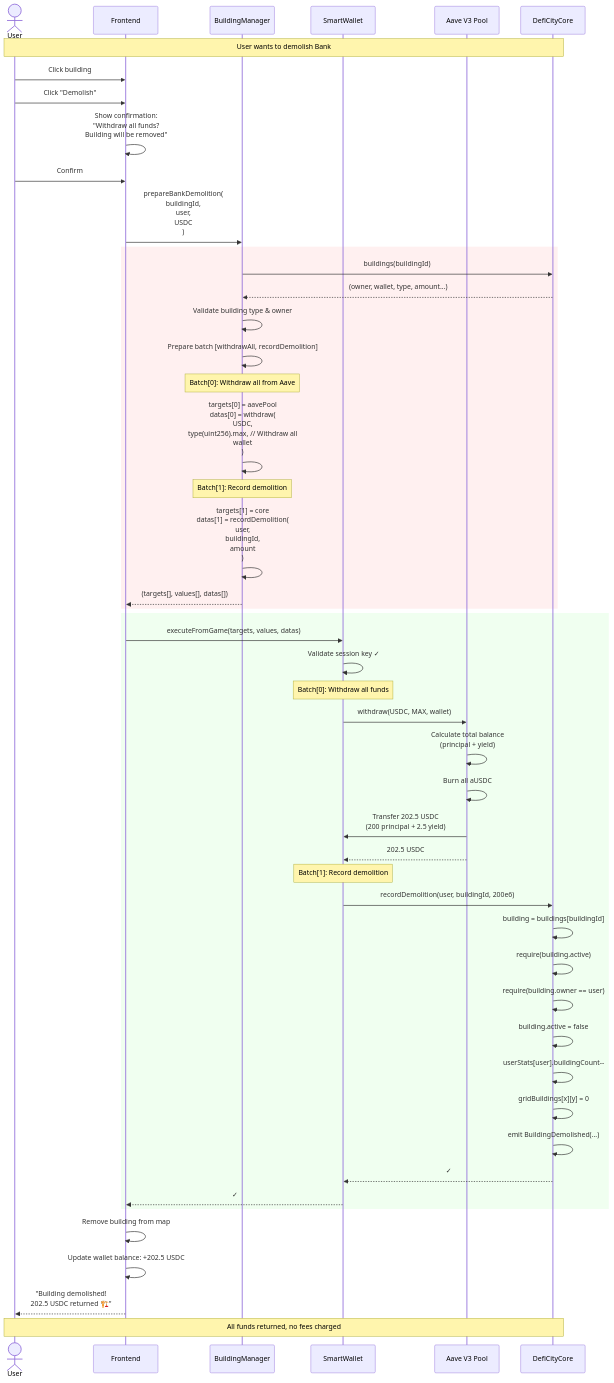
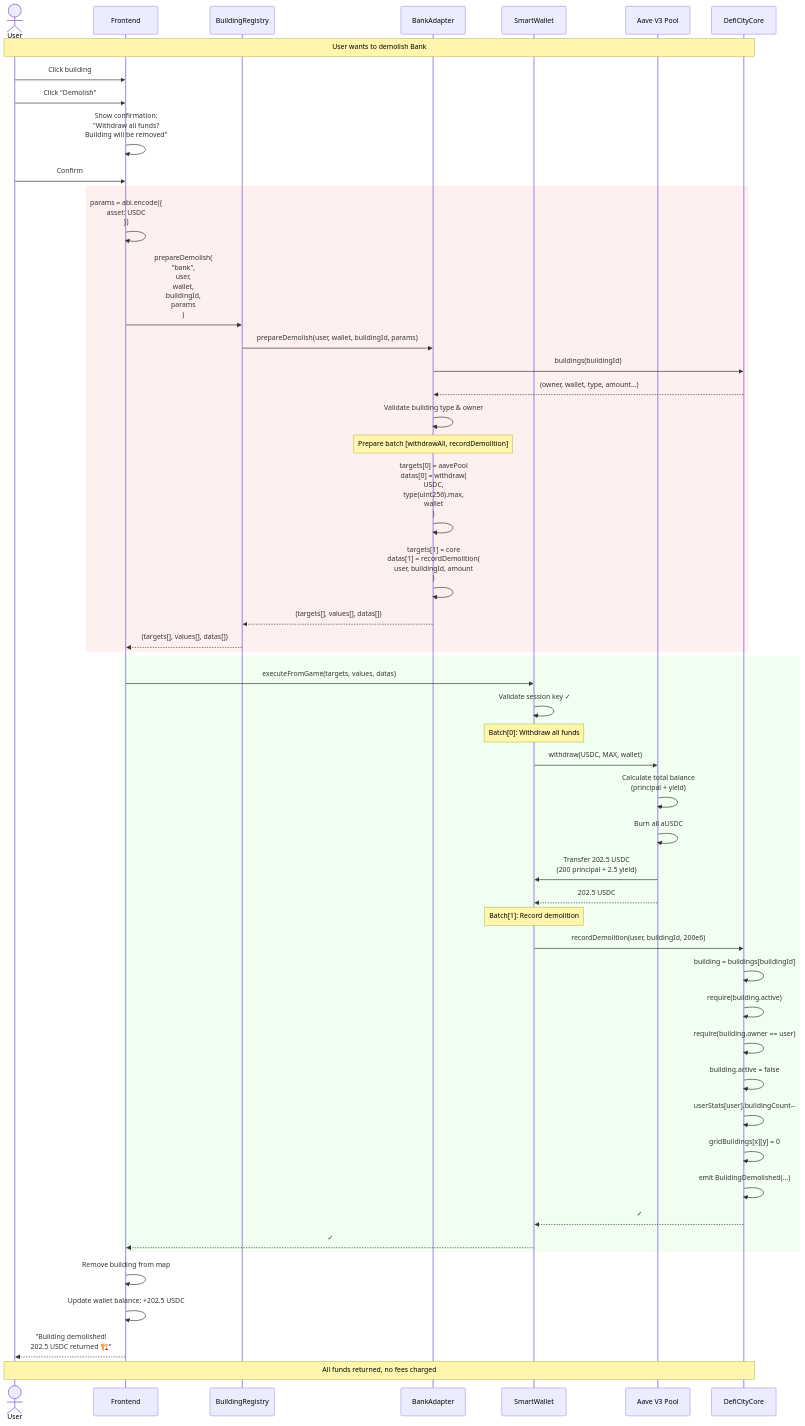
Before and after one commit to BrookerGroup/defi-city: the eighth of 11 diagrams in CONTRACT_SEQUENCE_DIAGRAMS.md, drawn with Mermaid. The commit also changed other lines of this file and 5 other files, not shown here.

Commit message:
add: user's building grids

````diff
--- a/CONTRACT_SEQUENCE_DIAGRAMS.md
+++ b/CONTRACT_SEQUENCE_DIAGRAMS.md
@@ -425,72 +641,76 @@
 ```mermaid
 sequenceDiagram
     actor User
     participant Frontend
-    participant Manager as BuildingManager
+    participant Registry as BuildingRegistry
+    participant Adapter as BankAdapter
     participant Wallet as SmartWallet
     participant Aave as Aave V3 Pool
     participant Core as DefiCityCore
 
     Note over User,Core: User wants to demolish Bank
 
     User->>Frontend: Click building
     User->>Frontend: Click "Demolish"
 
     Frontend->>Frontend: Show confirmation:<br/>"Withdraw all funds?<br/>Building will be removed"
 
     User->>Frontend: Confirm
 
-    Frontend->>Manager: prepareBankDemolition(<br/>  buildingId,<br/>  user,<br/>  USDC<br/>)
+    rect rgb(255, 240, 240)
+        Frontend->>Frontend: params = abi.encode({<br/>  asset: USDC<br/>})
 
-    rect rgb(255, 240, 240)
-        Manager->>Core: buildings(buildingId)
-        Core-->>Manager: (owner, wallet, type, amount...)
+        Frontend->>Registry: prepareDemolish(<br/>  "bank",<br/>  user,<br/>  wallet,<br/>  buildingId,<br/>  params<br/>)
 
-        Manager->>Manager: Validate building type & owner
+        Registry->>Adapter: prepareDemolish(user, wallet, buildingId, params)
 
-        Manager->>Manager: Prepare batch [withdrawAll, recordDemolition]
+        Adapter->>Core: buildings(buildingId)
+        Core-->>Adapter: (owner, wallet, type, amount...)
 
-        Note over Manager: Batch[0]: Withdraw all from Aave
-        Manager->>Manager: targets[0] = aavePool<br/>datas[0] = withdraw(<br/>  USDC,<br/>  type(uint256).max,  // Withdraw all<br/>  wallet<br/>)
+        Adapter->>Adapter: Validate building type & owner
 
-        Note over Manager: Batch[1]: Record demolition
-        Manager->>Manager: targets[1] = core<br/>datas[1] = recordDemolition(<br/>  user,<br/>  buildingId,<br/>  amount<br/>)
+        Note over Adapter: Prepare batch [withdrawAll, recordDemolition]
 
-        Manager-->>Frontend: (targets[], values[], datas[])
+        Adapter->>Adapter: targets[0] = aavePool<br/>datas[0] = withdraw(<br/>  USDC,<br/>  type(uint256).max,<br/>  wallet<br/>)
+
+        Adapter->>Adapter: targets[1] = core<br/>datas[1] = recordDemolition(<br/>  user, buildingId, amount<br/>)
+
+        Adapter-->>Registry: (targets[], values[], datas[])
+        Registry-->>Frontend: (targets[], values[], datas[])
     end
 
     rect rgb(240, 255, 240)
         Frontend->>Wallet: executeFromGame(targets, values, datas)
 
         Wallet->>Wallet: Validate session key ✓
 
         Note over Wallet: Batch[0]: Withdraw all funds
         Wallet->>Aave: withdraw(USDC, MAX, wallet)
         Aave->>Aave: Calculate total balance<br/>(principal + yield)
         Aave->>Aave: Burn all aUSDC
         Aave->>Wallet: Transfer 202.5 USDC<br/>(200 principal + 2.5 yield)
         Aave-->>Wallet: 202.5 USDC
 
         Note over Wallet: Batch[1]: Record demolition
         Wallet->>Core: recordDemolition(user, buildingId, 200e6)
 
         Core->>Core: building = buildings[buildingId]
         Core->>Core: require(building.active)
         Core->>Core: require(building.owner == user)
 
         Core->>Core: building.active = false
         Core->>Core: userStats[user].buildingCount--
         Core->>Core: gridBuildings[x][y] = 0
 
         Core->>Core: emit BuildingDemolished(...)
         Core-->>Wallet: ✓
 
         Wallet-->>Frontend: ✓
     end
 
     Frontend->>Frontend: Remove building from map
     Frontend->>Frontend: Update wallet balance: +202.5 USDC
     Frontend-->>User: "Building demolished!<br/>202.5 USDC returned 🏗️"
 
     Note over User,Core: All funds returned, no fees charged
 ```
````
